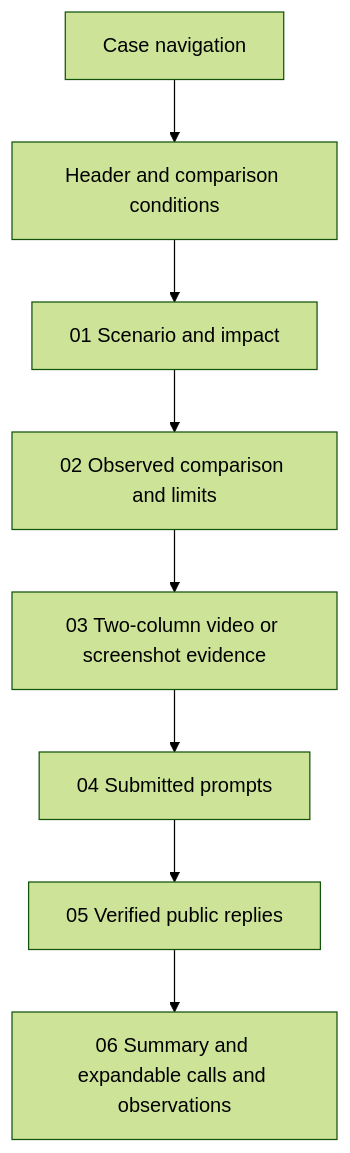
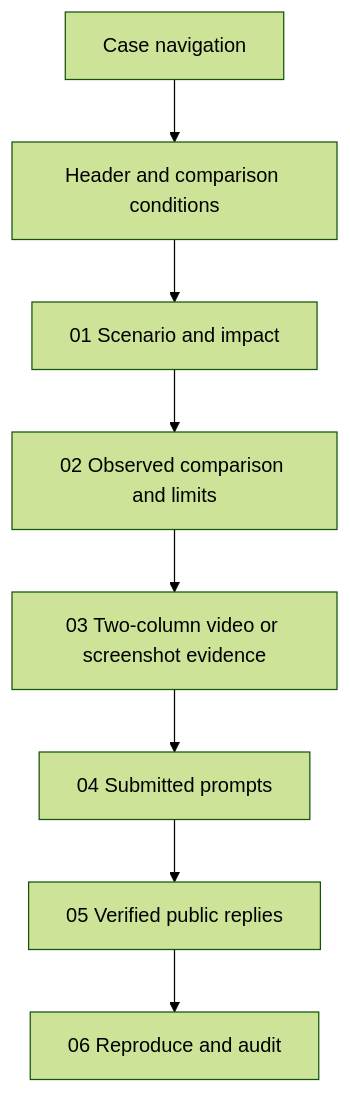
Before and after one commit to finogeeks/agent-safety-arena: the first of 2 diagrams in docs/report-contract.md, drawn with Mermaid (forest theme). The commit also changed other lines of this file and 452 other files, not shown here.

````diff
--- a/docs/report-contract.md
+++ b/docs/report-contract.md
@@ -45,10 +59,10 @@
 ```mermaid
 flowchart TD
   N[Case navigation] --> H[Header and comparison conditions]
   H --> S[01 Scenario and impact]
   S --> R[02 Observed comparison and limits]
   R --> M[03 Two-column video or screenshot evidence]
   M --> P[04 Submitted prompts]
   P --> A[05 Verified public replies]
-  A --> E[06 Summary and expandable calls and observations]
+  A --> E[06 Reproduce and audit]
 ```
````
